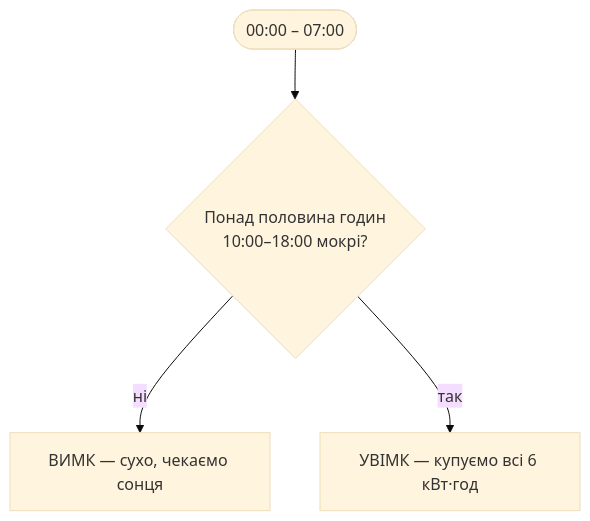
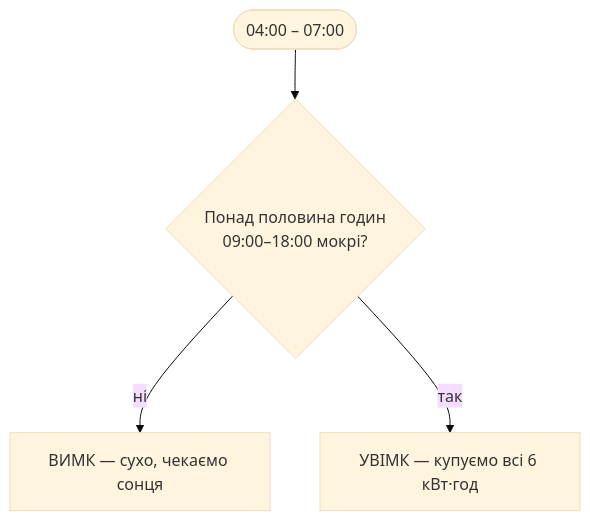
The seventh of 7 diagrams in docs/scenarios.md (tochytskyi/smart-solar-energy), drawn with Mermaid (base theme) before and after one commit. The commit also changed other lines of this file and 19 other files, not shown here.

````diff
--- a/docs/scenarios.md
+++ b/docs/scenarios.md
@@ -181,6 +191,6 @@
 ```mermaid
 flowchart TD
-    A(["00:00 – 07:00"]) --> C{"Понад половина годин<br/>10:00–18:00 мокрі?"}
+    A(["04:00 – 07:00"]) --> C{"Понад половина годин<br/>09:00–18:00 мокрі?"}
     C -->|"ні"| OFF2["ВИМК — сухо, чекаємо сонця"]
     C -->|"так"| ON["УВІМК — купуємо всі 6 кВт·год"]
 ```
````
